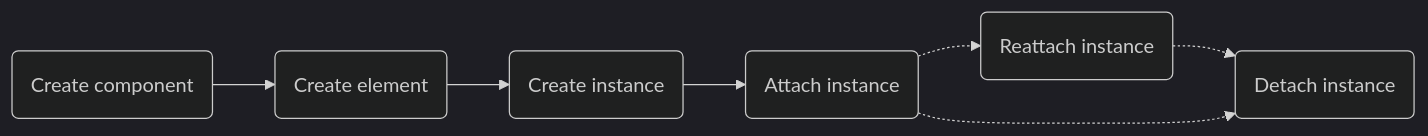
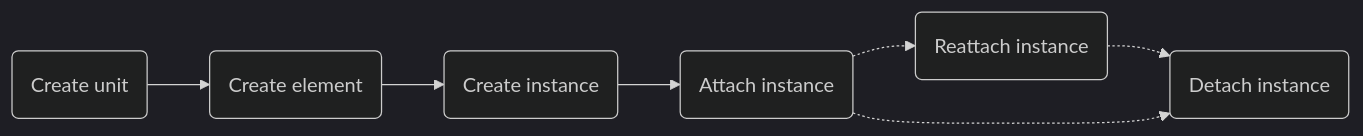
One commit to EvgenyiFedotov/restarfall changed the first of 3 diagrams in packages/restarfall/readme.md. Above: the diagram before and after it, drawn with Mermaid (dark theme). The commit also changed other lines of this file and 13 other files, not shown here.

Commit message:
refactor!: rename component to unit

````diff
--- a/packages/restarfall/readme.md
+++ b/packages/restarfall/readme.md
@@ -447,16 +444,16 @@
 ```mermaid
 flowchart LR
-  component("Create component")
+  unit("Create unit")
   element("Create element")
   instance("Create instance")
   attach("Attach instance")
   reattach("Reattach instance")
   detach("Detach instance")
 
-  component --> element
+  unit --> element
   element --> instance
   instance --> attach
   attach -.-> reattach
   reattach -.-> detach
   attach -.-> detach
 ```
````
